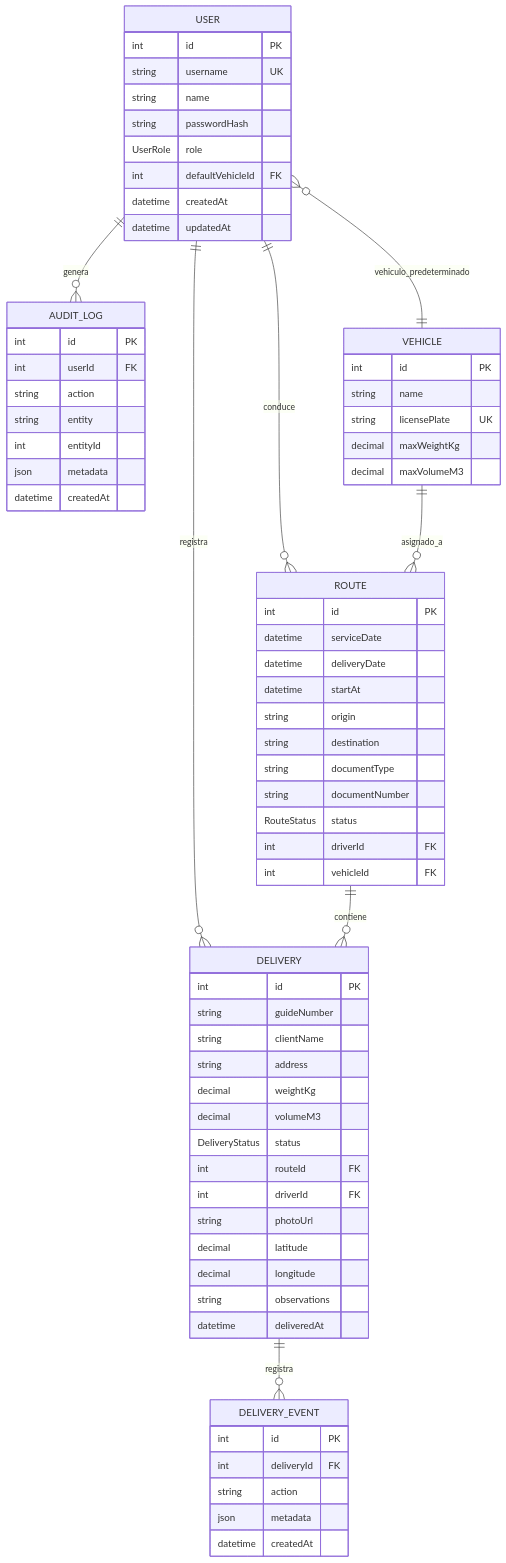
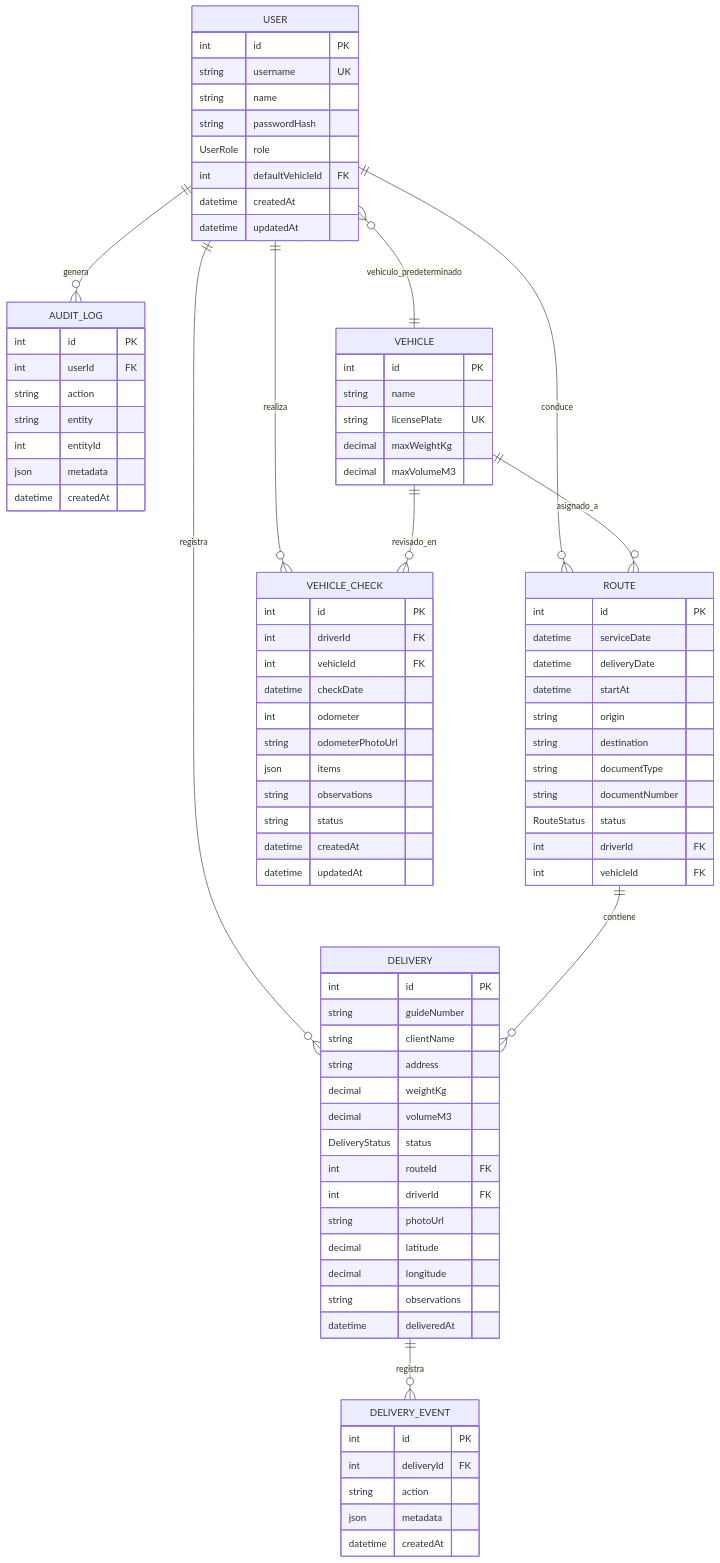
Before and after one commit to fepo22/VGV-Connect: the sixth of 7 diagrams in docs/diagramas-flujos-modulos.md, drawn with Mermaid. The commit also changed other lines of this file and 31 other files, not shown here.

```diff
--- a/docs/diagramas-flujos-modulos.md
+++ b/docs/diagramas-flujos-modulos.md
@@ -143,8 +144,10 @@
   USER ||--o{ ROUTE : conduce
   USER ||--o{ DELIVERY : registra
   USER ||--o{ AUDIT_LOG : genera
+  USER ||--o{ VEHICLE_CHECK : realiza
   USER }o--|| VEHICLE : vehiculo_predeterminado
   VEHICLE ||--o{ ROUTE : asignado_a
+  VEHICLE ||--o{ VEHICLE_CHECK : revisado_en
   ROUTE ||--o{ DELIVERY : contiene
   DELIVERY ||--o{ DELIVERY_EVENT : registra
 
@@ -206,6 +209,20 @@
     datetime createdAt
   }
 
+  VEHICLE_CHECK {
+    int id PK
+    int driverId FK
+    int vehicleId FK
+    datetime checkDate
+    int odometer
+    string odometerPhotoUrl
+    json items
+    string observations
+    string status
+    datetime createdAt
+    datetime updatedAt
+  }
+
   AUDIT_LOG {
     int id PK
     int userId FK
```
